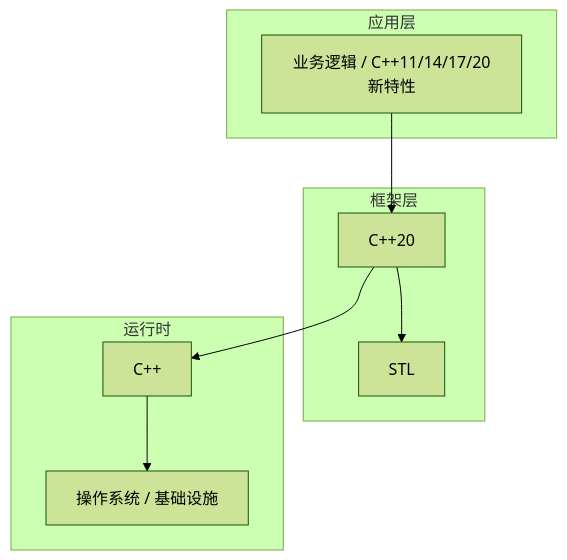
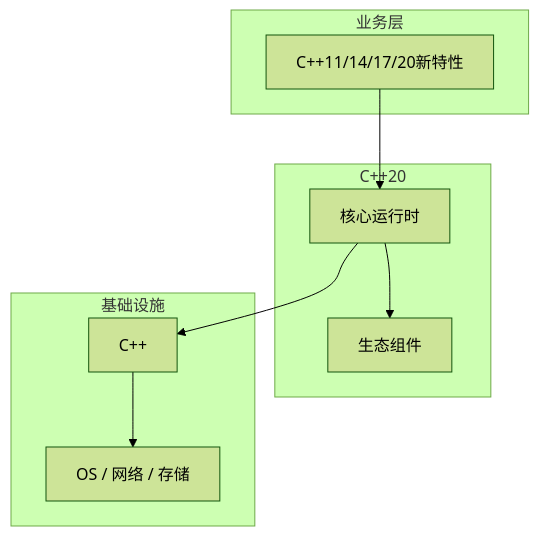
The diagram in articles/C++/chapters/162-C++11141720新特性核心概念与原理.md (yanggan2015/knowledge-json-v2), drawn with Mermaid (forest theme) before and after one commit. The commit also changed other lines of this file and 10127 other files, not shown here.

````diff
--- a/articles/C++/chapters/162-C++11141720新特性核心概念与原理.md
+++ b/articles/C++/chapters/162-C++11141720新特性核心概念与原理.md
@@ -45,18 +34,18 @@
 ```mermaid
 graph TB
-    subgraph 应用层
-        A[业务逻辑 / C++11/14/17/20新特性]
+    subgraph 业务层
+        A[C++11/14/17/20新特性]
     end
-    subgraph 框架层
-        B[C++20]
-        C[STL]
+    subgraph C++20
+        B[核心运行时]
+        C[生态组件]
     end
-    subgraph 运行时
+    subgraph 基础设施
         D[C++]
-        E[操作系统 / 基础设施]
+        E[OS / 网络 / 存储]
     end
     A --> B
     B --> C
     B --> D
     D --> E
 ```
````
